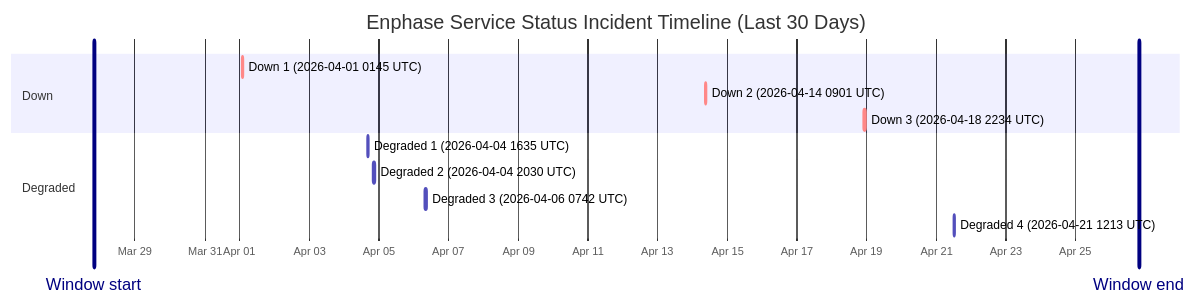
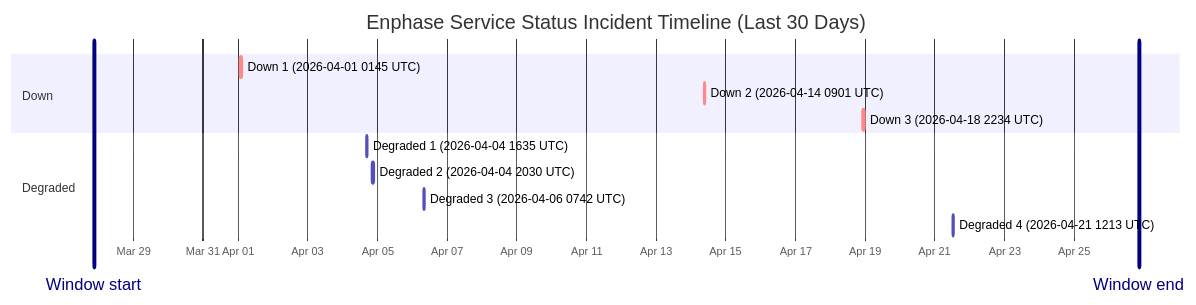
Before and after one commit to barneyonline/ha-enphase-ev-charger: the diagram in wiki/Service-Status-History.md, drawn with Mermaid. The commit also changed other lines of this file and 3 other files, not shown here.

````diff
--- a/wiki/Service-Status-History.md
+++ b/wiki/Service-Status-History.md
@@ -14,17 +14,17 @@
 ```mermaid
 gantt
     title Enphase Service Status Incident Timeline (Last 30 Days)
     dateFormat  YYYY-MM-DDTHH:mm:ss
     axisFormat  %b %d
-    Window start :vert, window-start, 2026-03-27T19:45:45, 0ms
-    Window end :vert, window-end, 2026-04-26T19:45:45, 0ms
+    Window start :vert, window-start, 2026-03-27T20:37:12, 0ms
+    Window end :vert, window-end, 2026-04-26T20:37:12, 0ms
     section Down
     Down 1 (2026-04-01 0145 UTC) :crit, down-1, 2026-04-01T01:45:09, 60m
     Down 2 (2026-04-14 0901 UTC) :crit, down-2, 2026-04-14T09:01:13, 60m
     Down 3 (2026-04-18 2234 UTC) :crit, down-3, 2026-04-18T22:34:13, 60m
     section Degraded
     Degraded 1 (2026-04-04 1635 UTC) :active, degraded-1, 2026-04-04T16:35:17, 60m
     Degraded 2 (2026-04-04 2030 UTC) :active, degraded-2, 2026-04-04T20:30:40, 60m
     Degraded 3 (2026-04-06 0742 UTC) :active, degraded-3, 2026-04-06T07:42:09, 85m
     Degraded 4 (2026-04-21 1213 UTC) :active, degraded-4, 2026-04-21T12:13:11, 60m
 ```
````
